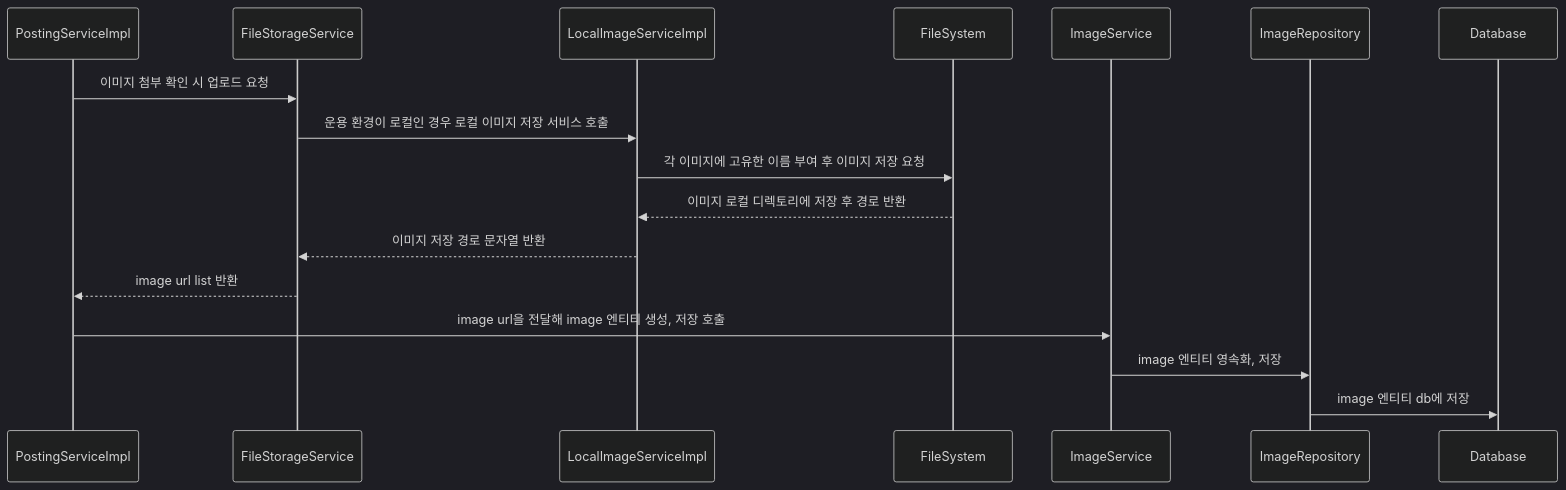
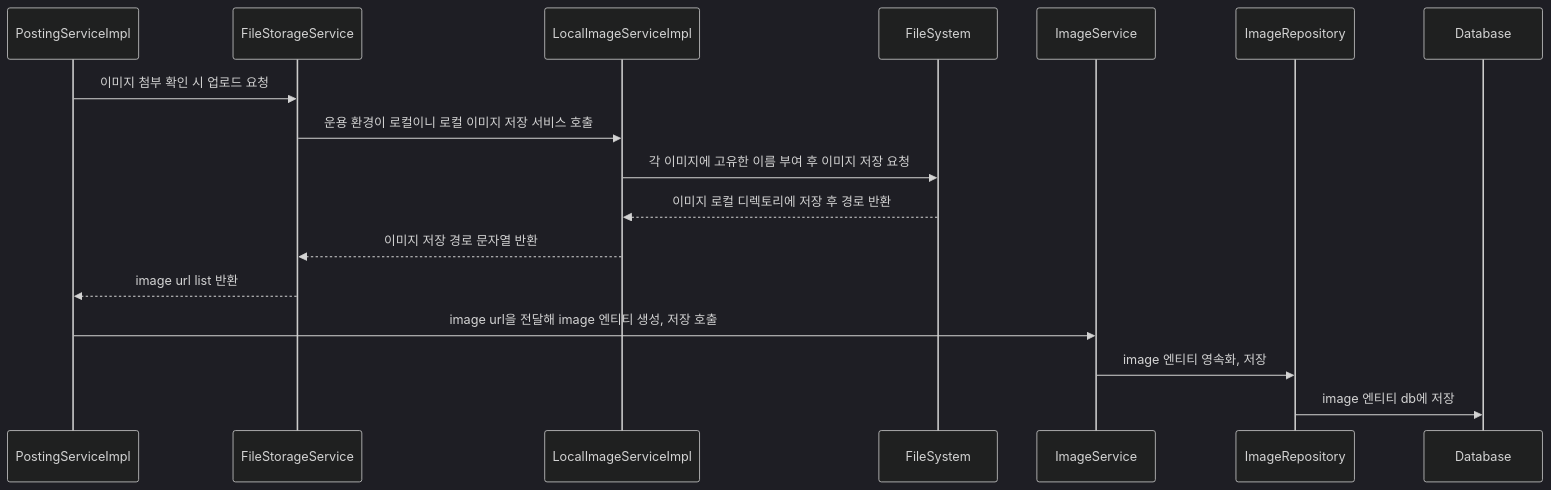
Before and after one commit to attlet/sns_project: the diagram in docs/imageFlowChart.md, drawn with Mermaid (dark theme). The commit also changed 33 other files, not shown here.

````diff
--- a/docs/imageFlowChart.md
+++ b/docs/imageFlowChart.md
@@ -1,20 +1,20 @@
 ```mermaid
 sequenceDiagram
     participant PS as PostingServiceImpl
     participant FS as FileStorageService
     participant LIS as LocalImageServiceImpl
     participant FSYS as FileSystem
     participant IS as ImageService
     participant IR as ImageRepository
     participant DB as Database
 
     PS->>FS:  이미지 첨부 확인 시 업로드 요청
-    FS->>LIS: 운용 환경이 로컬인 경우 로컬 이미지 저장 서비스 호출
+    FS->>LIS: 운용 환경이 로컬이니 로컬 이미지 저장 서비스 호출
     LIS->>FSYS: 각 이미지에 고유한 이름 부여 후 이미지 저장 요청
     FSYS-->>LIS: 이미지 로컬 디렉토리에 저장 후 경로 반환
     LIS-->>FS: 이미지 저장 경로 문자열 반환
     FS-->>PS: image url list 반환
     PS->>IS: image url을 전달해 image 엔티티 생성, 저장 호출
     IS->>IR: image 엔티티 영속화, 저장
     IR->>DB: image 엔티티 db에 저장
 ```
````
